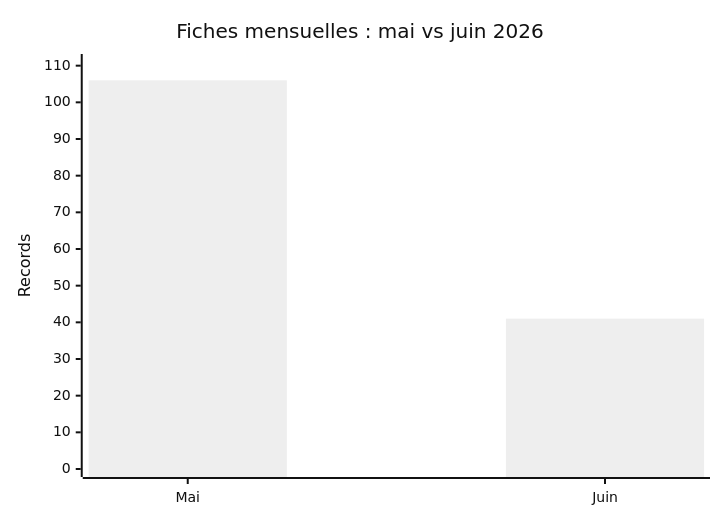
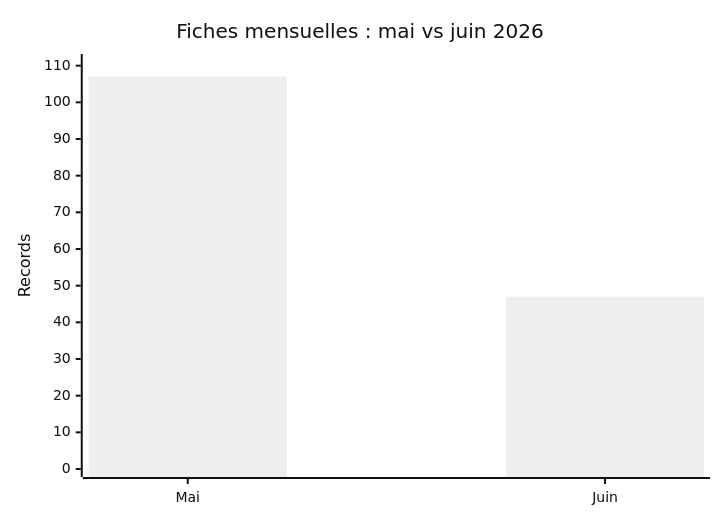
One commit to Hatchepsoute/AFRINTEL changed the diagram in comparison/2026/05-may-june/README_FR.md. Above: the diagram before and after it, drawn with Mermaid (neutral theme). The commit also changed other lines of this file and 98 other files, not shown here.

````diff
--- a/comparison/2026/05-may-june/README_FR.md
+++ b/comparison/2026/05-may-june/README_FR.md
@@ -16,7 +16,7 @@
 ```mermaid
 xychart-beta
     title "Fiches mensuelles : mai vs juin 2026"
     x-axis [Mai, Juin]
     y-axis "Records" 0 --> 111
-    bar [106, 41]
+    bar [107, 47]
 ```
````
